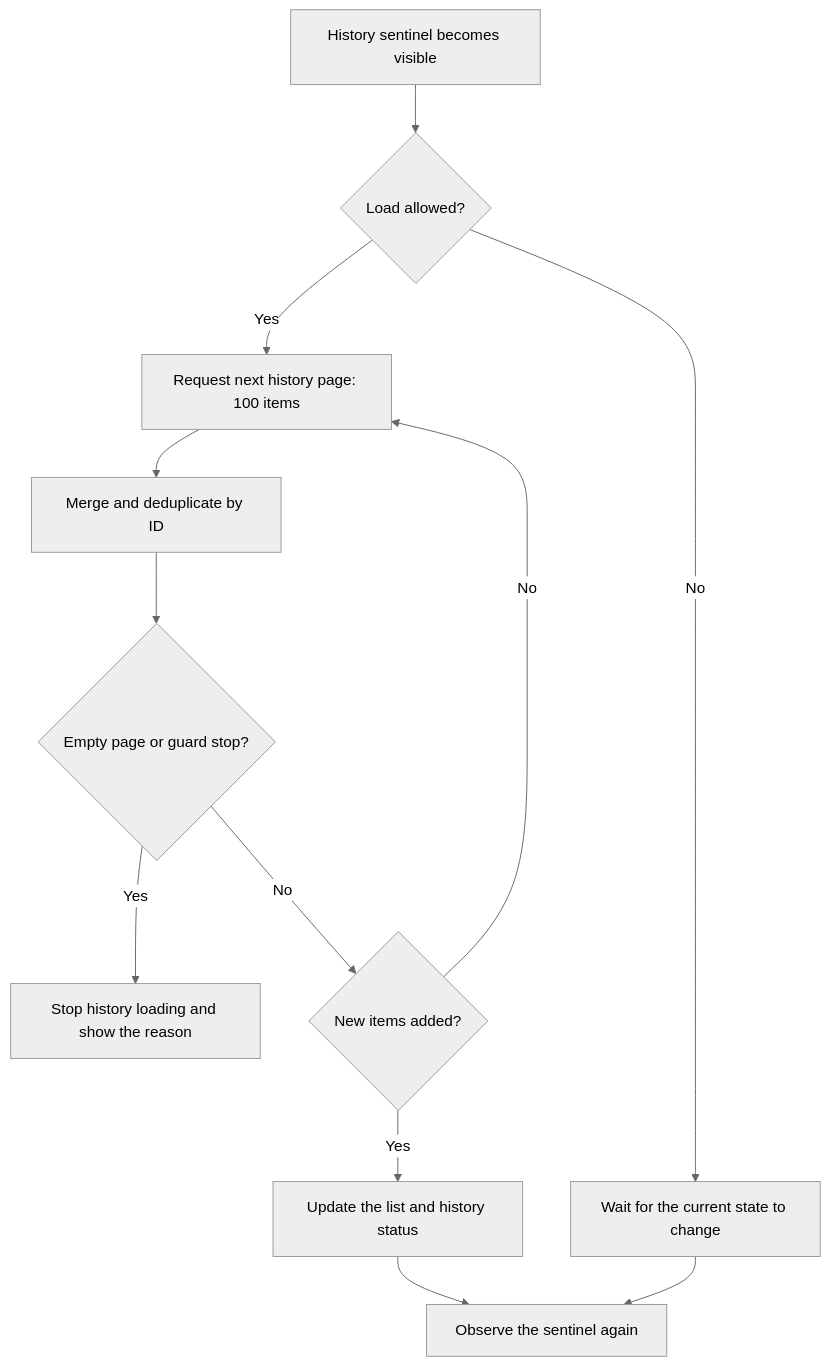
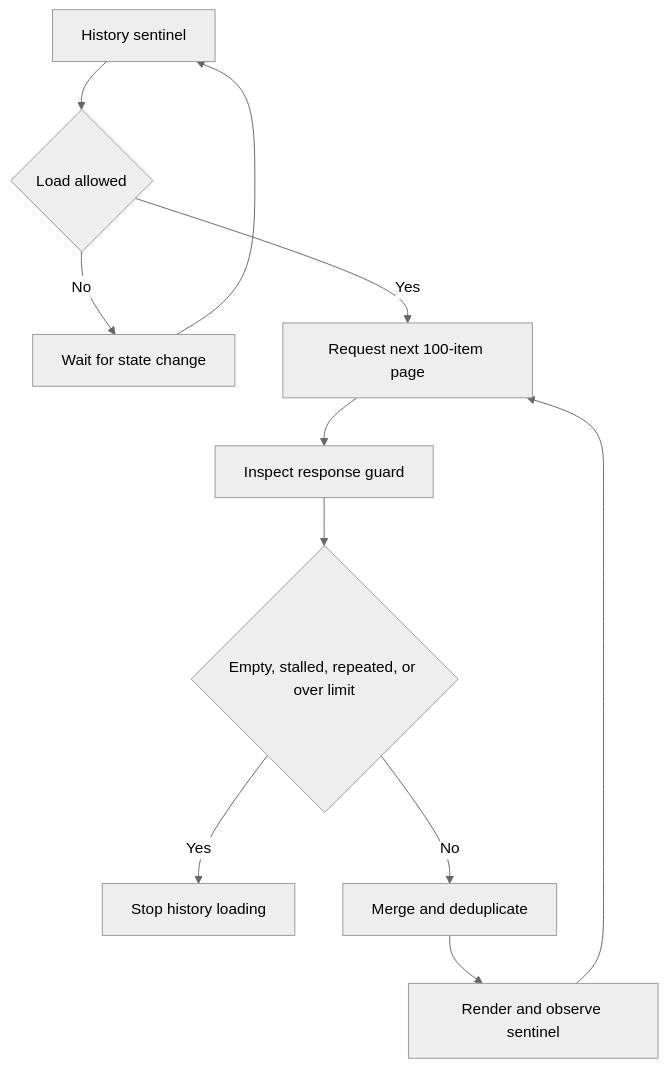
The fourth of 6 diagrams in ARCHITECTURE.md (virtuecho/sina7x24), drawn with Mermaid (neutral theme) before and after one commit. The commit also changed other lines of this file and 2 other files, not shown here.

````diff
--- a/ARCHITECTURE.md
+++ b/ARCHITECTURE.md
@@ -133,14 +156,13 @@
 ```mermaid
 flowchart TD
-  A["History sentinel becomes visible"] --> B{"Load allowed?"}
-  B -->|"No"| C["Wait for the current state to change"]
-  B -->|"Yes"| D["Request next history page: 100 items"]
-  D --> E["Merge and deduplicate by ID"]
-  E --> F{"Empty page or guard stop?"}
-  F -->|"Yes"| I["Stop history loading and show the reason"]
-  F -->|"No"| G{"New items added?"}
-  G -->|"Yes"| H["Update the list and history status"]
-  G -->|"No"| D
-  H --> J["Observe the sentinel again"]
-  C --> J
+  A["History sentinel"] --> B{"Load allowed"}
+  B -->|No| C["Wait for state change"]
+  B -->|Yes| D["Request next 100-item page"]
+  D --> E["Inspect response guard"]
+  E --> F{"Empty, stalled, repeated, or over limit"}
+  F -->|Yes| G["Stop history loading"]
+  F -->|No| H["Merge and deduplicate"]
+  H --> I["Render and observe sentinel"]
+  I --> D
+  C --> A
 ```
````
